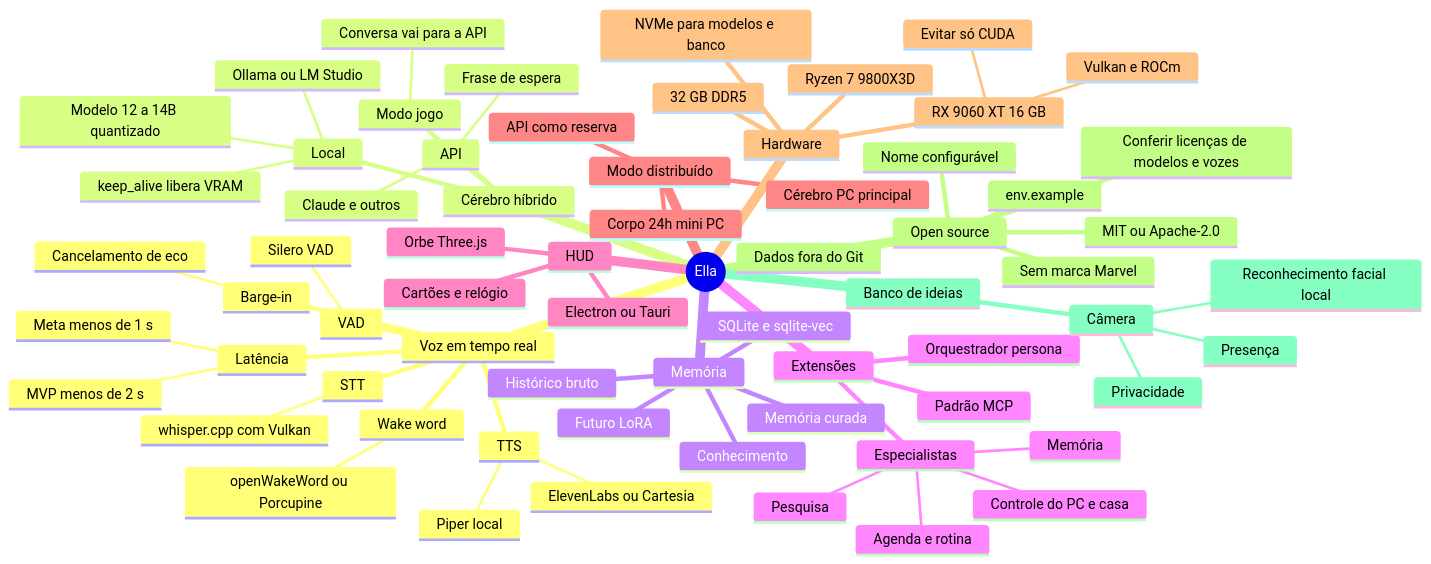
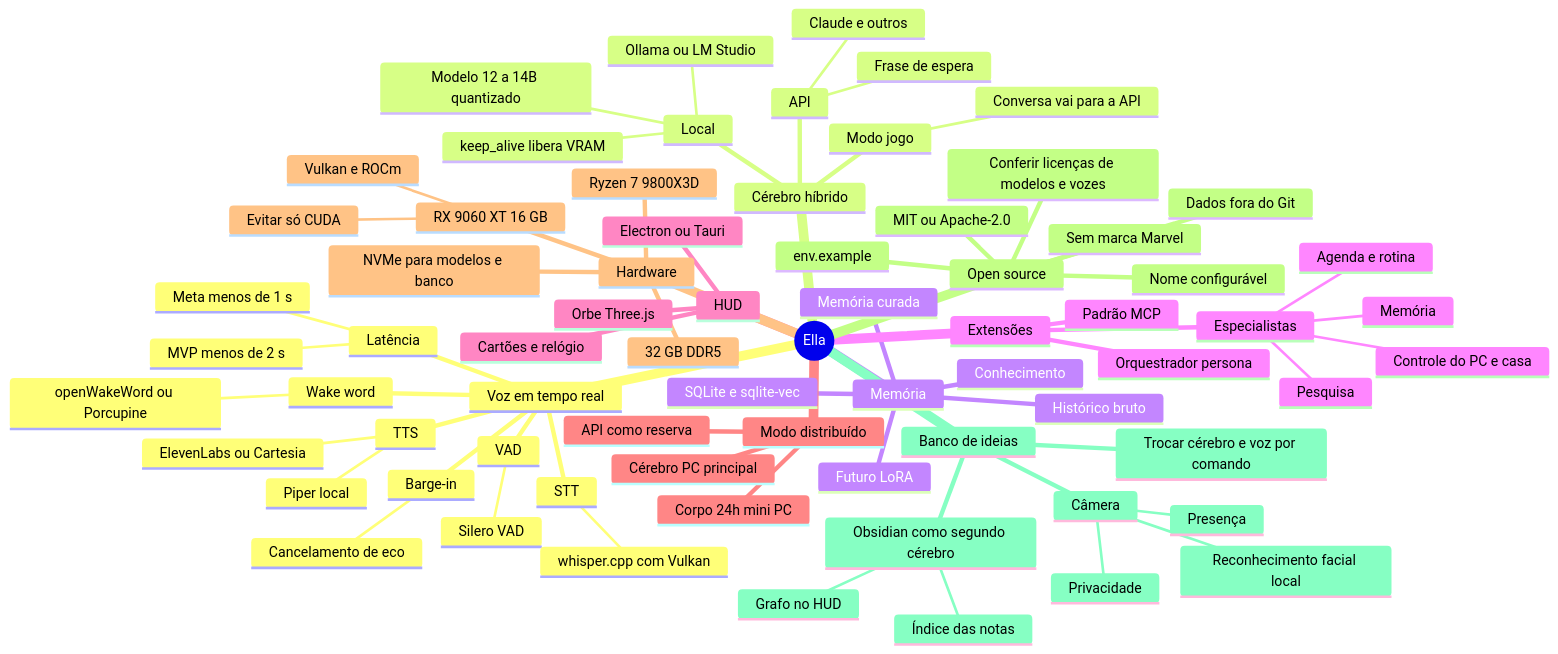
The first of 4 diagrams in docs/MAPA_MENTAL.md (Gabitoprof/Nora), drawn with Mermaid before and after one commit. The commit also changed other lines of this file and 3 other files, not shown here.

````diff
--- a/docs/MAPA_MENTAL.md
+++ b/docs/MAPA_MENTAL.md
@@ -16,70 +17,74 @@
 ```mermaid
 mindmap
   root((Ella))
     Voz em tempo real
       Wake word
         openWakeWord ou Porcupine
       VAD
         Silero VAD
       STT
         whisper.cpp com Vulkan
       TTS
         Piper local
         ElevenLabs ou Cartesia
       Barge-in
         Cancelamento de eco
       Latência
         Meta menos de 1 s
         MVP menos de 2 s
     Cérebro híbrido
       Local
         Ollama ou LM Studio
         Modelo 12 a 14B quantizado
         keep_alive libera VRAM
       API
         Claude e outros
         Frase de espera
       Modo jogo
         Conversa vai para a API
     Memória
       SQLite e sqlite-vec
       Histórico bruto
       Memória curada
       Conhecimento
       Futuro LoRA
     Extensões
       Padrão MCP
       Orquestrador persona
       Especialistas
         Agenda e rotina
         Pesquisa
         Controle do PC e casa
         Memória
     HUD
       Electron ou Tauri
       Orbe Three.js
       Cartões e relógio
     Modo distribuído
       Corpo 24h mini PC
       Cérebro PC principal
       API como reserva
     Hardware
       RX 9060 XT 16 GB
         Vulkan e ROCm
         Evitar só CUDA
       Ryzen 7 9800X3D
       32 GB DDR5
       NVMe para modelos e banco
     Open source
       Dados fora do Git
       env.example
       Sem marca Marvel
       Nome configurável
       MIT ou Apache-2.0
       Conferir licenças de modelos e vozes
     Banco de ideias
       Câmera
         Presença
         Reconhecimento facial local
         Privacidade
+      Obsidian como segundo cérebro
+        Índice das notas
+        Grafo no HUD
+      Trocar cérebro e voz por comando
 ```
````
